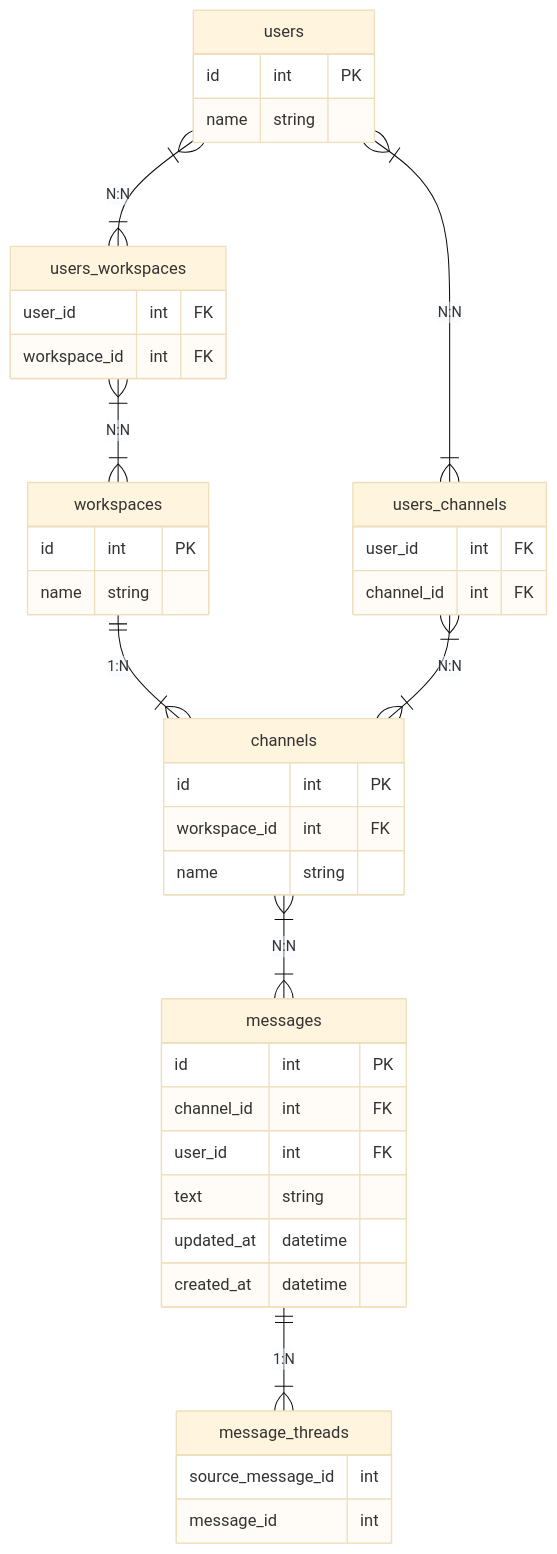
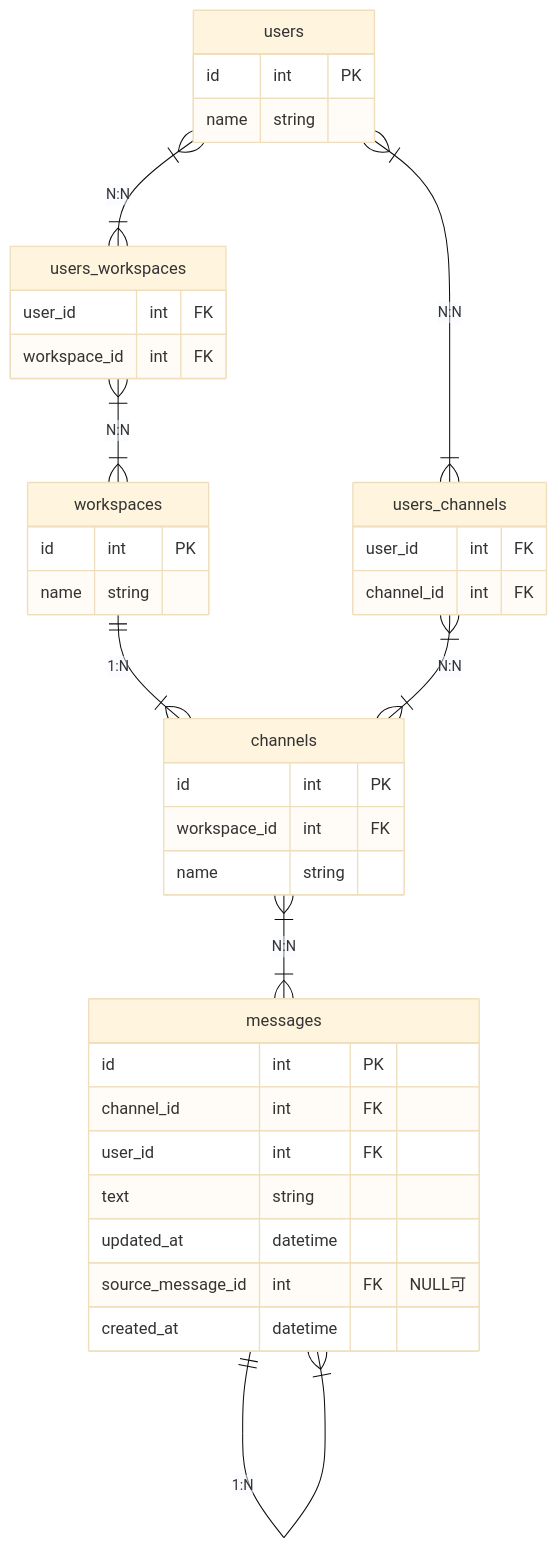
Before and after one commit to HitoroOhria/praha-challenge: the diagram in db/db-modeling-2/README.md, drawn with Mermaid (base theme). The commit also changed other lines of this file, not shown here.

````diff
--- a/db/db-modeling-2/README.md
+++ b/db/db-modeling-2/README.md
@@ -9,52 +9,47 @@
 ```mermaid
 erDiagram
 
 users }|--|{ users_workspaces : "N:N"
 users }|--|{ users_channels : "N:N"
 users {
     id int PK
     name string 
 }
 
 users_workspaces }|--|{ workspaces : "N:N"
 users_workspaces {
     user_id int FK
     workspace_id int FK
 }
 
 workspaces ||--|{ channels : "1:N"
 workspaces {
     id int PK
     name string
 }
 
 users_channels }|--|{ channels : "N:N"
 users_channels {
     user_id int FK
     channel_id int FK
 }
 
 channels }|--|{ messages : "N:N"
 channels {
     id int PK
     workspace_id int FK
     name string
 }
 
+messages ||--|{ messages : "1:N"
 messages {
     id int PK
     channel_id int FK
     user_id int FK
     text string
     updated_at datetime
+    source_message_id int FK "NULL可"
     created_at datetime
 }
 
-message_threads {
-    source_message_id int
-    message_id int
-}
-
-messages ||--|{ message_threads : "1:N"
-
 ```
````
